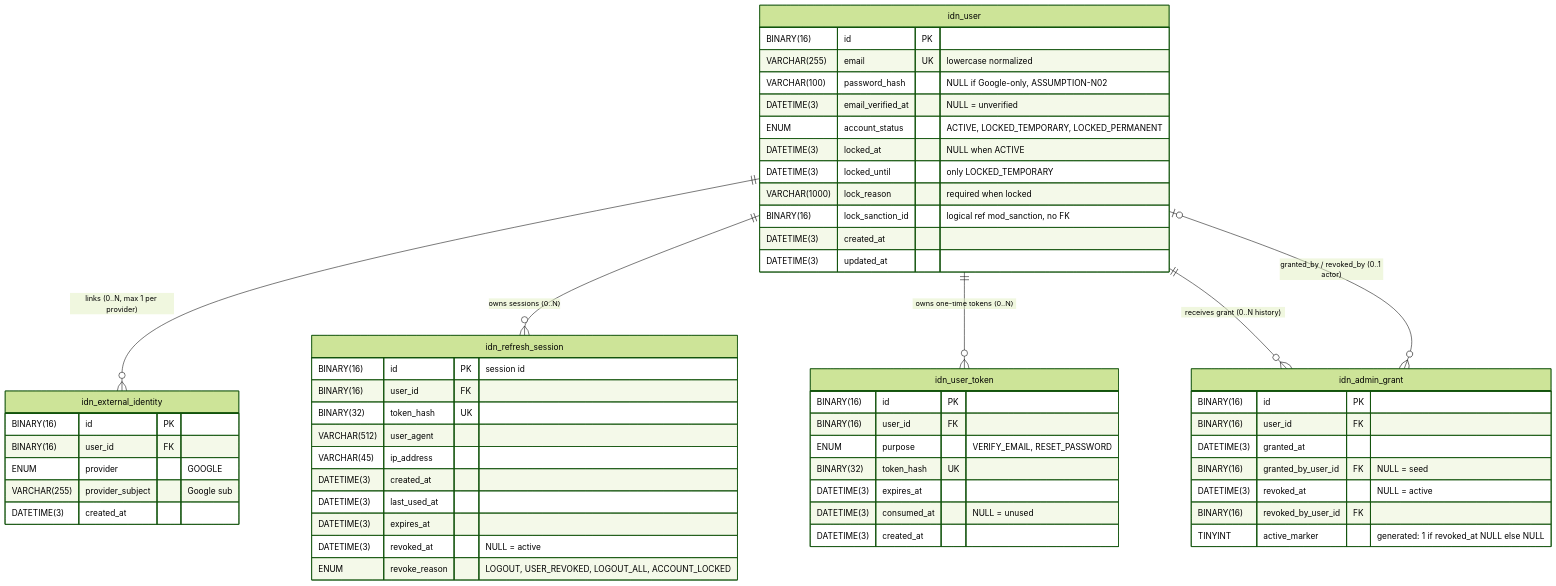
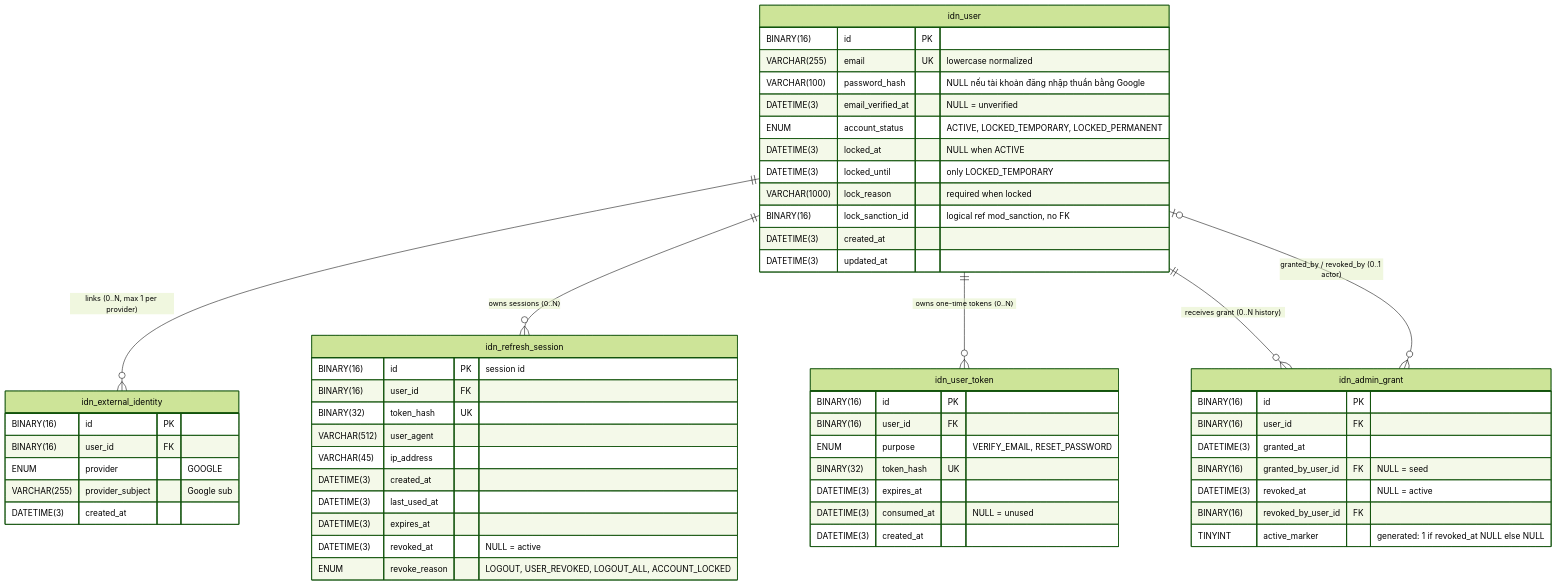
Before and after one commit to buithienbao2402/BrainMemo-ModularMonolith: the second of 11 diagrams in docs/THIET_KE_CSDL.md, drawn with Mermaid (forest theme). The commit also changed other lines of this file and 1 other file, not shown here.

````diff
--- a/docs/THIET_KE_CSDL.md
+++ b/docs/THIET_KE_CSDL.md
@@ -209,59 +203,59 @@
 ```mermaid
 erDiagram
     idn_user ||--o{ idn_external_identity : "links (0..N, max 1 per provider)"
     idn_user ||--o{ idn_refresh_session : "owns sessions (0..N)"
     idn_user ||--o{ idn_user_token : "owns one-time tokens (0..N)"
     idn_user ||--o{ idn_admin_grant : "receives grant (0..N history)"
     idn_user |o--o{ idn_admin_grant : "granted_by / revoked_by (0..1 actor)"
 
     idn_user {
         BINARY(16) id PK
         VARCHAR(255) email UK "lowercase normalized"
-        VARCHAR(100) password_hash "NULL if Google-only, ASSUMPTION-N02"
+        VARCHAR(100) password_hash "NULL nếu tài khoản đăng nhập thuần bằng Google"
         DATETIME(3) email_verified_at "NULL = unverified"
         ENUM account_status "ACTIVE, LOCKED_TEMPORARY, LOCKED_PERMANENT"
         DATETIME(3) locked_at "NULL when ACTIVE"
         DATETIME(3) locked_until "only LOCKED_TEMPORARY"
         VARCHAR(1000) lock_reason "required when locked"
         BINARY(16) lock_sanction_id "logical ref mod_sanction, no FK"
         DATETIME(3) created_at
         DATETIME(3) updated_at
     }
     idn_external_identity {
         BINARY(16) id PK
         BINARY(16) user_id FK
         ENUM provider "GOOGLE"
         VARCHAR(255) provider_subject "Google sub"
         DATETIME(3) created_at
     }
     idn_refresh_session {
         BINARY(16) id PK "session id"
         BINARY(16) user_id FK
         BINARY(32) token_hash UK
         VARCHAR(512) user_agent
         VARCHAR(45) ip_address
         DATETIME(3) created_at
         DATETIME(3) last_used_at
         DATETIME(3) expires_at
         DATETIME(3) revoked_at "NULL = active"
         ENUM revoke_reason "LOGOUT, USER_REVOKED, LOGOUT_ALL, ACCOUNT_LOCKED"
     }
     idn_user_token {
         BINARY(16) id PK
         BINARY(16) user_id FK
         ENUM purpose "VERIFY_EMAIL, RESET_PASSWORD"
         BINARY(32) token_hash UK
         DATETIME(3) expires_at
         DATETIME(3) consumed_at "NULL = unused"
         DATETIME(3) created_at
     }
     idn_admin_grant {
         BINARY(16) id PK
         BINARY(16) user_id FK
         DATETIME(3) granted_at
         BINARY(16) granted_by_user_id FK "NULL = seed"
         DATETIME(3) revoked_at "NULL = active"
         BINARY(16) revoked_by_user_id FK
         TINYINT active_marker "generated: 1 if revoked_at NULL else NULL"
     }
 ```
````
